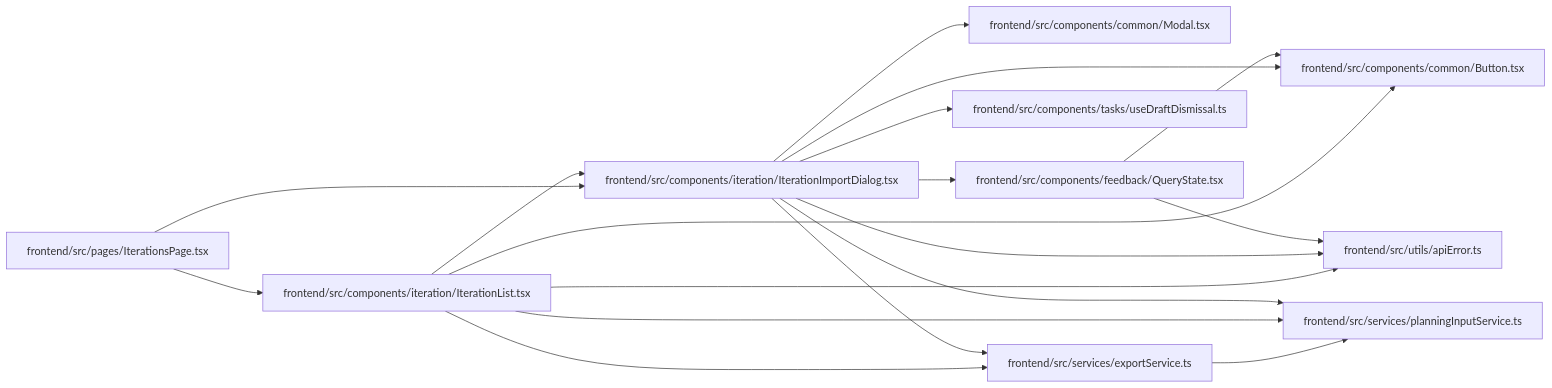
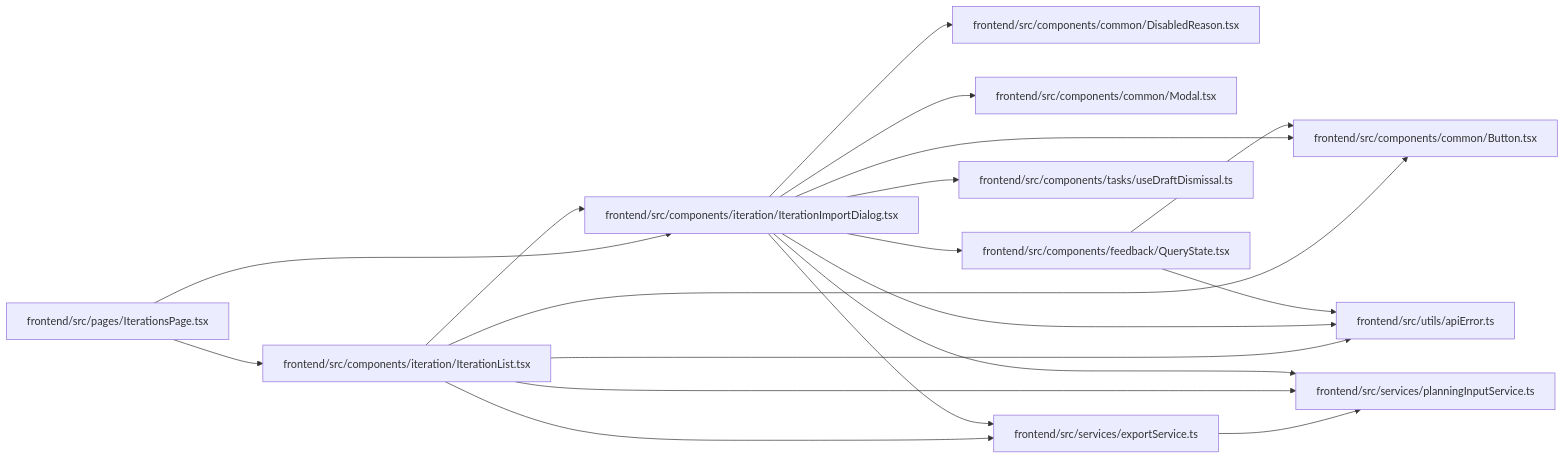
One commit to Denissvgn/WorkChord changed the diagram in docs/llm_wiki/modules/IterationImportDialog.md. Above: the diagram before and after it, drawn with Mermaid. The commit also changed other lines of this file and 322 other files, not shown here.

````diff
--- a/docs/llm_wiki/modules/IterationImportDialog.md
+++ b/docs/llm_wiki/modules/IterationImportDialog.md
@@ -35,40 +36,43 @@
 ```mermaid
 flowchart LR
     n0["frontend/src/components/common/Button.tsx"]
-    n1["frontend/src/components/common/Modal.tsx"]
-    n2["frontend/src/components/feedback/QueryState.tsx"]
-    n3["frontend/src/components/iteration/IterationImportDialog.tsx"]
-    n4["frontend/src/components/iteration/IterationList.tsx"]
-    n5["frontend/src/components/tasks/useDraftDismissal.ts"]
-    n6["frontend/src/pages/IterationsPage.tsx"]
-    n7["frontend/src/services/exportService.ts"]
-    n8["frontend/src/services/planningInputService.ts"]
-    n9["frontend/src/utils/apiError.ts"]
-    n2 --> n0
-    n2 --> n9
+    n1["frontend/src/components/common/DisabledReason.tsx"]
+    n2["frontend/src/components/common/Modal.tsx"]
+    n3["frontend/src/components/feedback/QueryState.tsx"]
+    n4["frontend/src/components/iteration/IterationImportDialog.tsx"]
+    n5["frontend/src/components/iteration/IterationList.tsx"]
+    n6["frontend/src/components/tasks/useDraftDismissal.ts"]
+    n7["frontend/src/pages/IterationsPage.tsx"]
+    n8["frontend/src/services/exportService.ts"]
+    n9["frontend/src/services/planningInputService.ts"]
+    n10["frontend/src/utils/apiError.ts"]
     n3 --> n0
-    n3 --> n1
-    n3 --> n2
-    n3 --> n5
-    n3 --> n7
-    n3 --> n8
-    n3 --> n9
+    n3 --> n10
     n4 --> n0
+    n4 --> n1
+    n4 --> n2
     n4 --> n3
-    n4 --> n7
+    n4 --> n6
     n4 --> n8
     n4 --> n9
-    n6 --> n3
-    n6 --> n4
-    n7 --> n8
+    n4 --> n10
+    n5 --> n0
+    n5 --> n4
+    n5 --> n8
+    n5 --> n9
+    n5 --> n10
+    n7 --> n4
+    n7 --> n5
+    n8 --> n9
     click n0 "../modules/Button.md"
-    click n1 "../modules/Modal.md"
-    click n2 "../modules/QueryState.md"
-    click n3 "../modules/IterationImportDialog.md"
-    click n4 "../modules/IterationList.md"
-    click n5 "../modules/useDraftDismissal.md"
-    click n6 "../modules/IterationsPage.md"
-    click n7 "../modules/exportService.md"
-    click n8 "../modules/planningInputService.md"
-    click n9 "../modules/apiError.md"
+    click n1 "../modules/DisabledReason.md"
+    click n2 "../modules/Modal.md"
+    click n3 "../modules/QueryState.md"
+    click n4 "../modules/IterationImportDialog.md"
+    click n5 "../modules/IterationList.md"
+    click n6 "../modules/useDraftDismissal.md"
+    click n7 "../modules/IterationsPage.md"
+    click n8 "../modules/exportService.md"
+    click n9 "../modules/planningInputService.md"
+    click n10 "../modules/apiError.md"
 ```
````
